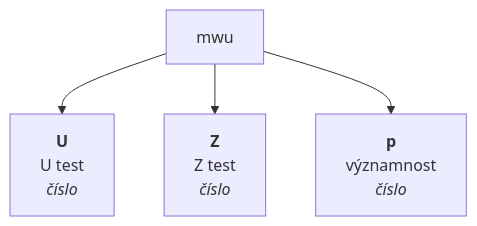
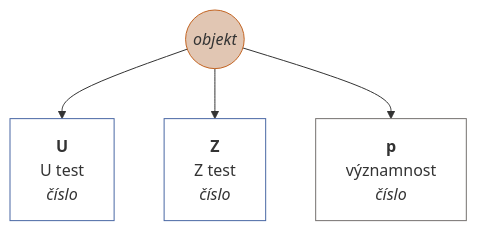
The tenth of 13 diagrams in docs/cs-CZ/matrix.md (muzikp/retusa), drawn with Mermaid before and after one commit. The commit also changed other lines of this file and 17 other files, not shown here.

````diff
--- a/docs/cs-CZ/matrix.md
+++ b/docs/cs-CZ/matrix.md
@@ -496,7 +570,16 @@
 ```mermaid
 graph TD
+mwu((<i>objekt</i>))
+style mwu fill:#E1C6B3;
+style mwu stroke:#C36422;
 mwu --> U[<b>U</b><br>U test <br><i>číslo</i>]
+style U fill:#FFFFFF;
+style U stroke:#4967A4;
 mwu --> Z[<b>Z</b><br>Z test <br><i>číslo</i>]
+style Z fill:#FFFFFF;
+style Z stroke:#4967A4;
 mwu --> p[<b>p</b><br>významnost <br><i>číslo</i>]
+style p fill:#FFFFFF;
+style p stroke:#75716F;
 
 ```
````
